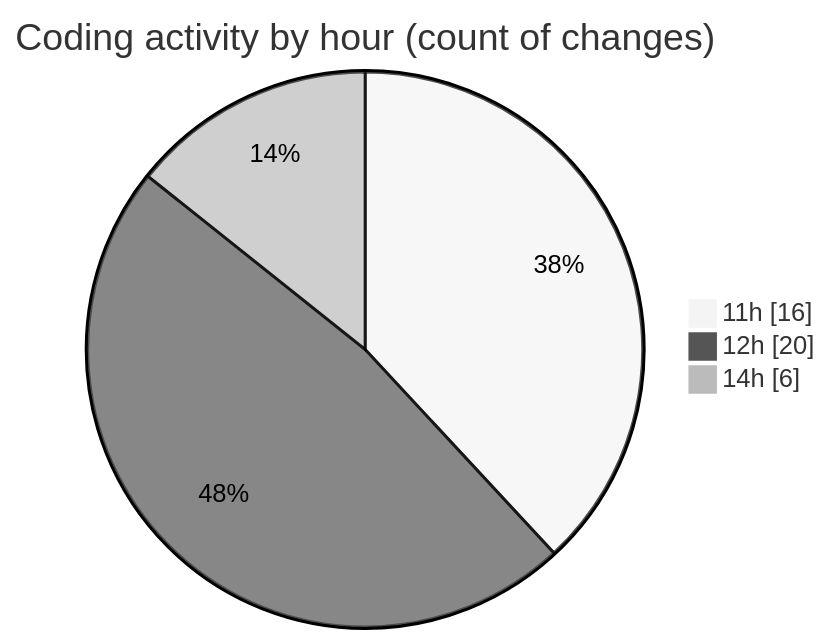
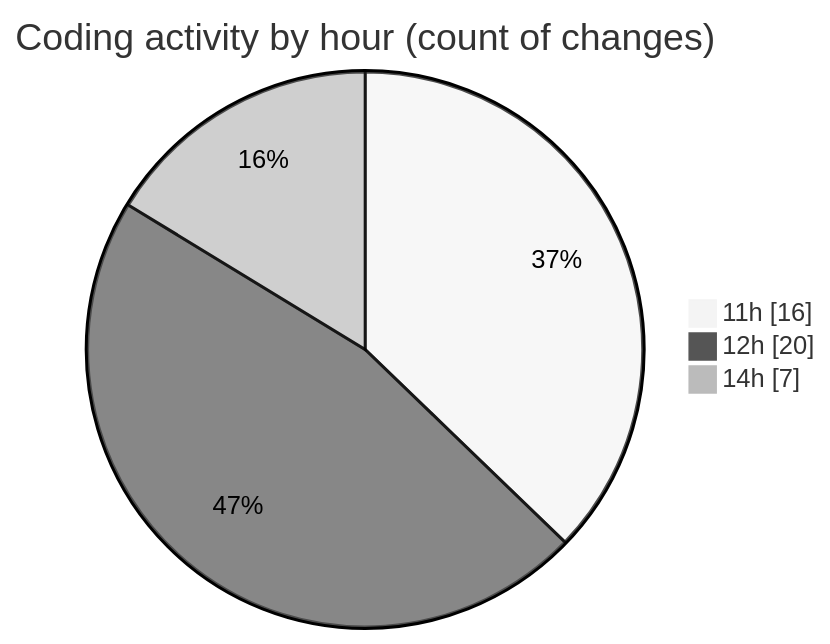
The second of 2 diagrams in 2025-03-26/back-end/README.md (Netris89/code-tracking), drawn with Mermaid (neutral theme) before and after one commit. The commit also changed other lines of this file and 1 other file, not shown here.

````diff
--- a/2025-03-26/back-end/README.md
+++ b/2025-03-26/back-end/README.md
@@ -50,7 +50,7 @@
 ```mermaid
 pie showData
 title Coding activity by hour (count of changes)
 "11h" : 16
 "12h" : 20
-"14h" : 6
+"14h" : 7
 ```
````
